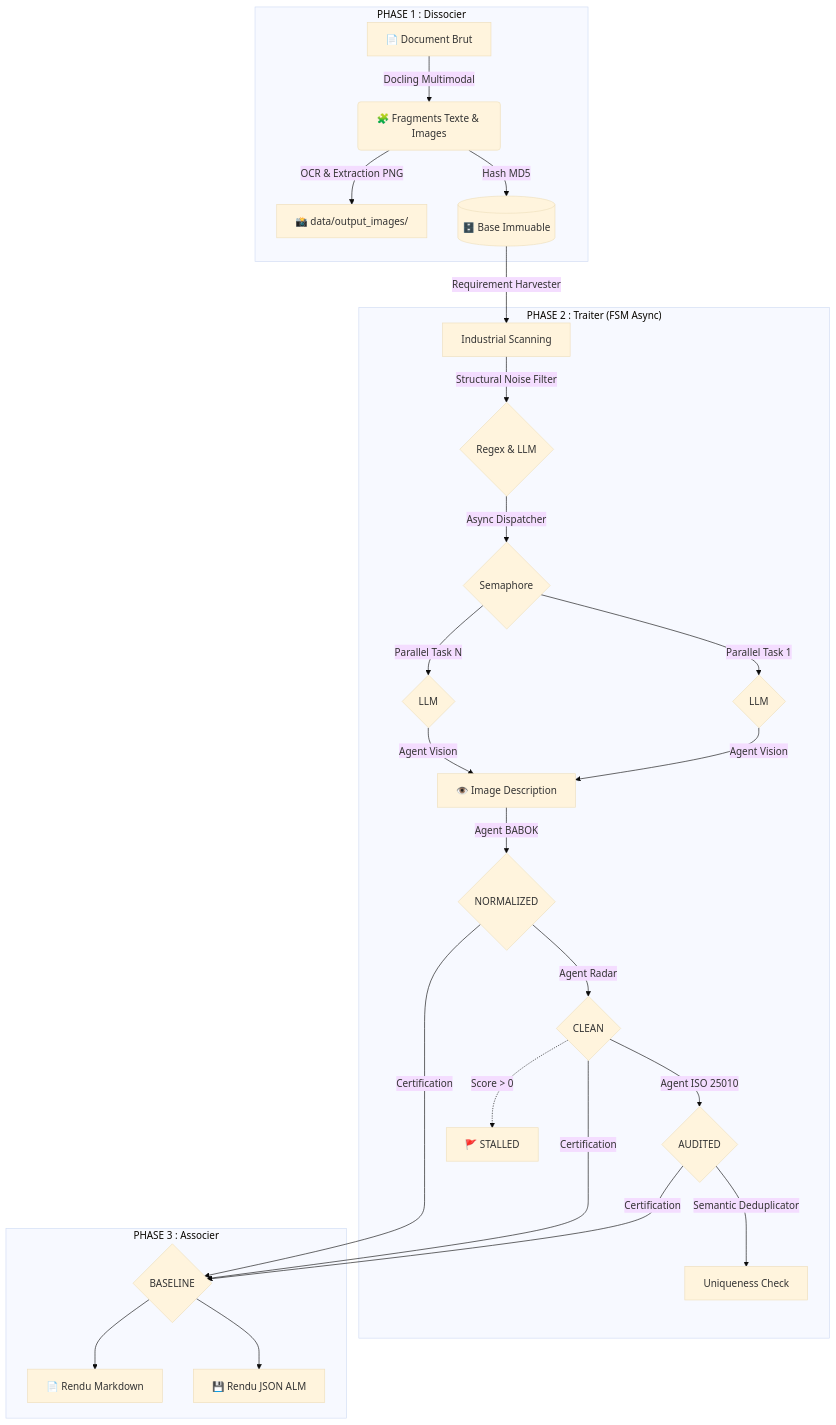
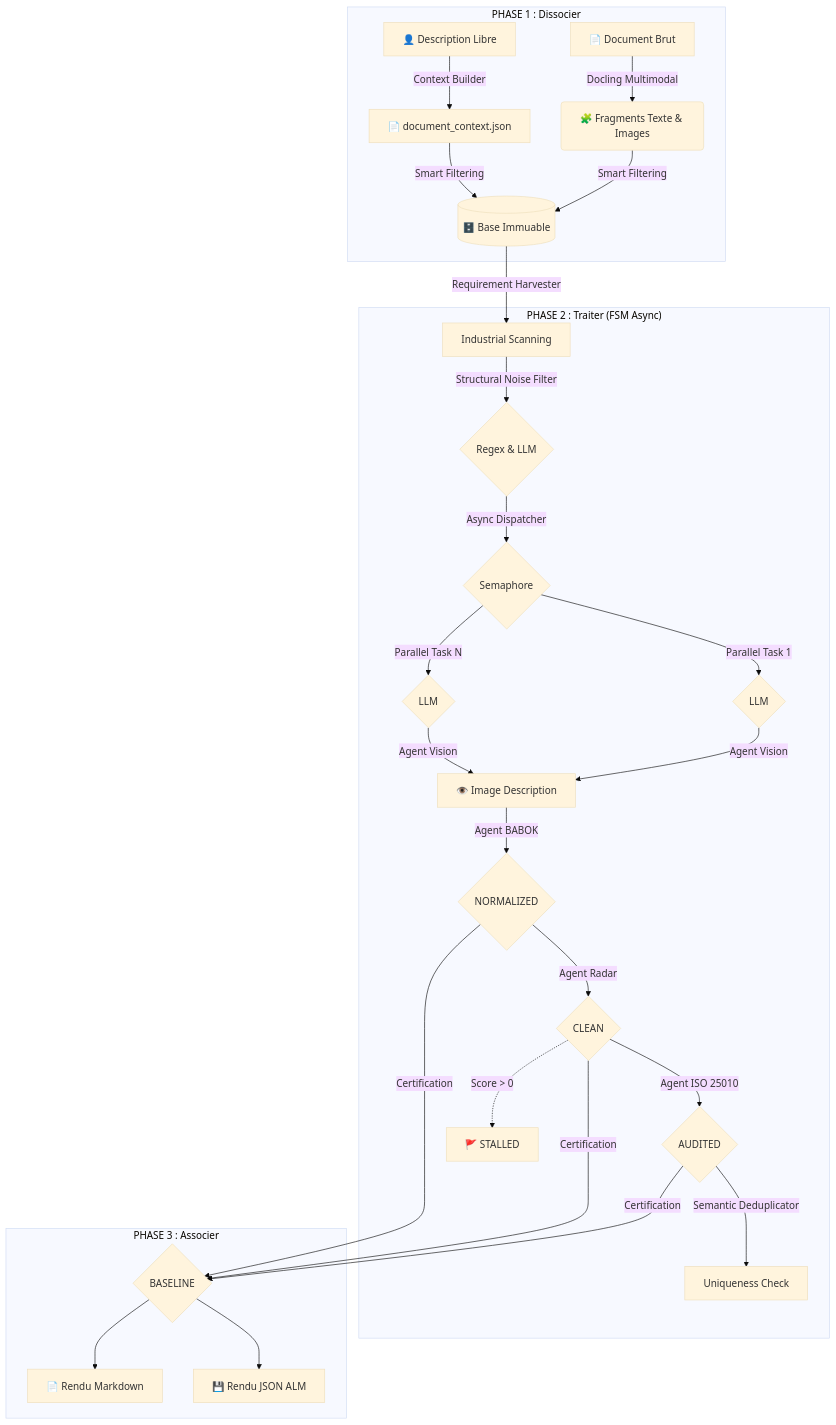
Before and after one commit to RodMan121/rfp-analyse-ia: the diagram in ARCHITECTURE.md, drawn with Mermaid (base theme). The commit also changed 8 other files, not shown here.

````diff
--- a/ARCHITECTURE.md
+++ b/ARCHITECTURE.md
@@ -9,28 +9,28 @@
 ```mermaid
 graph TD
     subgraph "PHASE 1 : Dissocier"
+        USER[👤 Description Libre] -->|Context Builder| CTX[📄 document_context.json]
         A[📄 Document Brut] -->|Docling Multimodal| B(🧩 Fragments Texte & Images)
-        B -->|OCR & Extraction PNG| IMG[📸 data/output_images/]
-        B -->|Hash MD5| C[(🗄️ Base Immuable)]
+        B & CTX -->|Smart Filtering| C[(🗄️ Base Immuable)]
     end
     
     subgraph "PHASE 2 : Traiter (FSM Async)"
         C -->|Requirement Harvester| D[Industrial Scanning]
         D -->|Structural Noise Filter| FILT{Regex & LLM}
         FILT -->|Async Dispatcher| SEM{Semaphore}
         SEM -->|Parallel Task 1| LLM1{LLM}
         SEM -->|Parallel Task N| LLM2{LLM}
         LLM1 & LLM2 -->|Agent Vision| VIS[👁️ Image Description]
         VIS -->|Agent BABOK| E{NORMALIZED}
         E -->|Agent Radar| F{CLEAN}
         F -->|Agent ISO 25010| G{AUDITED}
         G -->|Semantic Deduplicator| DEDUP[Uniqueness Check]
         F -.->|Score > 0| H[🚩 STALLED]
     end
     
     subgraph "PHASE 3 : Associer"
         G & F & E -->|Certification| I{BASELINE}
         I --> J[📄 Rendu Markdown]
         I --> K[💾 Rendu JSON ALM]
     end
 ```
````
